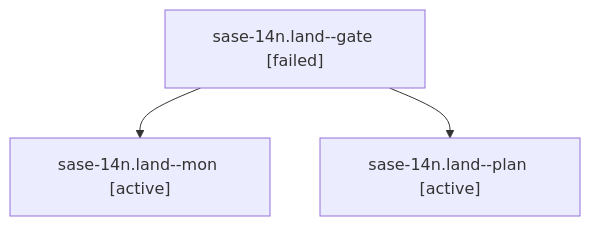
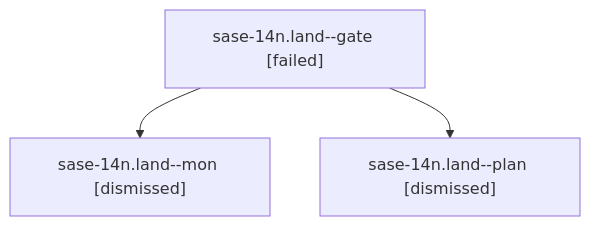
One commit to sase-org/sase--agents changed the diagram in sessions/bbugyi200.athena.sase-14n.land.md. Above: the diagram before and after it, drawn with Mermaid. The commit also changed other lines of this file and 106 other files, not shown here.

````diff
--- a/sessions/bbugyi200.athena.sase-14n.land.md
+++ b/sessions/bbugyi200.athena.sase-14n.land.md
@@ -9,8 +9,8 @@
 ```mermaid
 flowchart TD
   n0["sase-14n.land--gate [failed]"]
-  n1["sase-14n.land--mon [active]"]
+  n1["sase-14n.land--mon [dismissed]"]
   n0 --> n1
-  n2["sase-14n.land--plan [active]"]
+  n2["sase-14n.land--plan [dismissed]"]
   n0 --> n2
 ```
````
